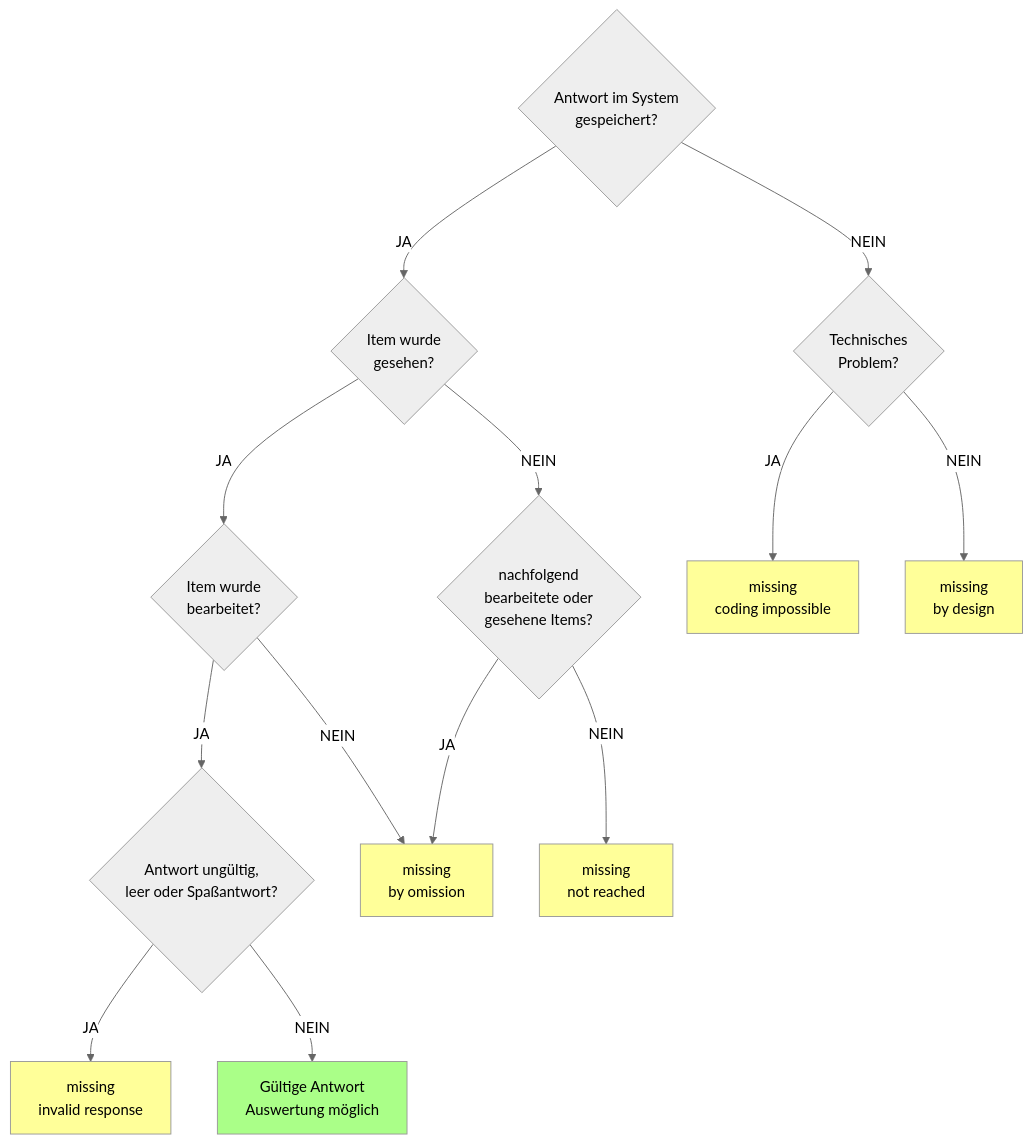
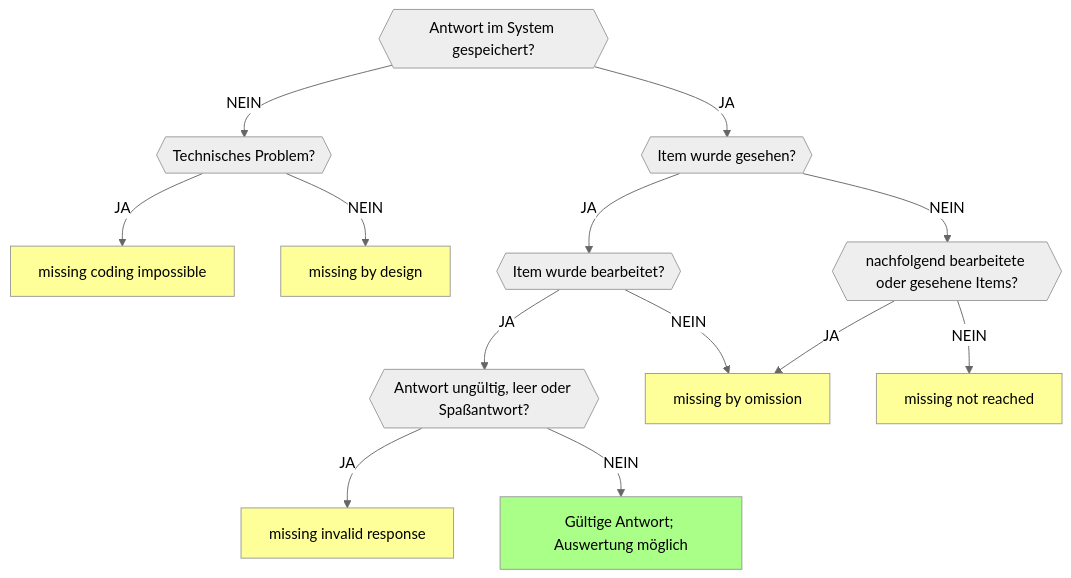
The diagram in data-structures/missings.qmd (iqb-berlin/coding-info), drawn with Mermaid (neutral theme) before and after one commit. The commit also changed 2 other files, not shown here.

Commit message:
Add derive text

````diff
--- a/data-structures/missings.qmd
+++ b/data-structures/missings.qmd
@@ -15,23 +15,22 @@
 ```{mermaid}
 flowchart TD
-    C{Antwort im System\ngespeichert?} -->|JA| A{Item wurde\ngesehen?}
-    A -->|JA| F{Item wurde \nbearbeitet?}
-    style G fill:#ff9
-    F -->|JA| H{Antwort ungültig,\nleer oder Spaßantwort?}
-    A -->|NEIN| I{nachfolgend\nbearbeitete oder\ngesehene Items?}
-    F -->|NEIN| J[missing\nby omission]
-    I -->|JA| J
-    I -->|NEIN| G[missing\nnot reached]
-    style J fill:#ff9
-    H -->|JA| K[missing\ninvalid response]
-    style K fill:#ff9
-    H -->|NEIN| L["Gültige Antwort\nAuswertung möglich"]
-    style L fill:#af8
-
-    C -->|NEIN| B{Technisches\nProblem?}
-    B -->|JA| D[missing\ncoding impossible]
+    C{{"Antwort im System gespeichert?"}} --> |NEIN| B{{"Technisches Problem?"}}
+    B -->|JA| D["missing coding impossible"]
     style D fill:#ff9
-    B -->|NEIN| E[missing\nby design]
+    B -->|NEIN| E["missing by design"]
     style E fill:#ff9
 
+    C -->|JA| A{{"Item wurde gesehen?"}}
+    A -->|JA| F{{"Item wurde bearbeitet?"}}
+    style G fill:#ff9
+    F -->|JA| H{{"Antwort ungültig, leer oder Spaßantwort?"}}
+    A -->|NEIN| I{{"nachfolgend bearbeitete oder gesehene Items?"}}
+    F -->|NEIN| J["missing by omission"]
+    I -->|JA| J
+    I -->|NEIN| G["missing not reached"]
+    style J fill:#ff9
+    H -->|JA| K["missing invalid response"]
+    style K fill:#ff9
+    H -->|NEIN| L["Gültige Antwort; Auswertung möglich"]
+    style L fill:#af8
 ```
````
